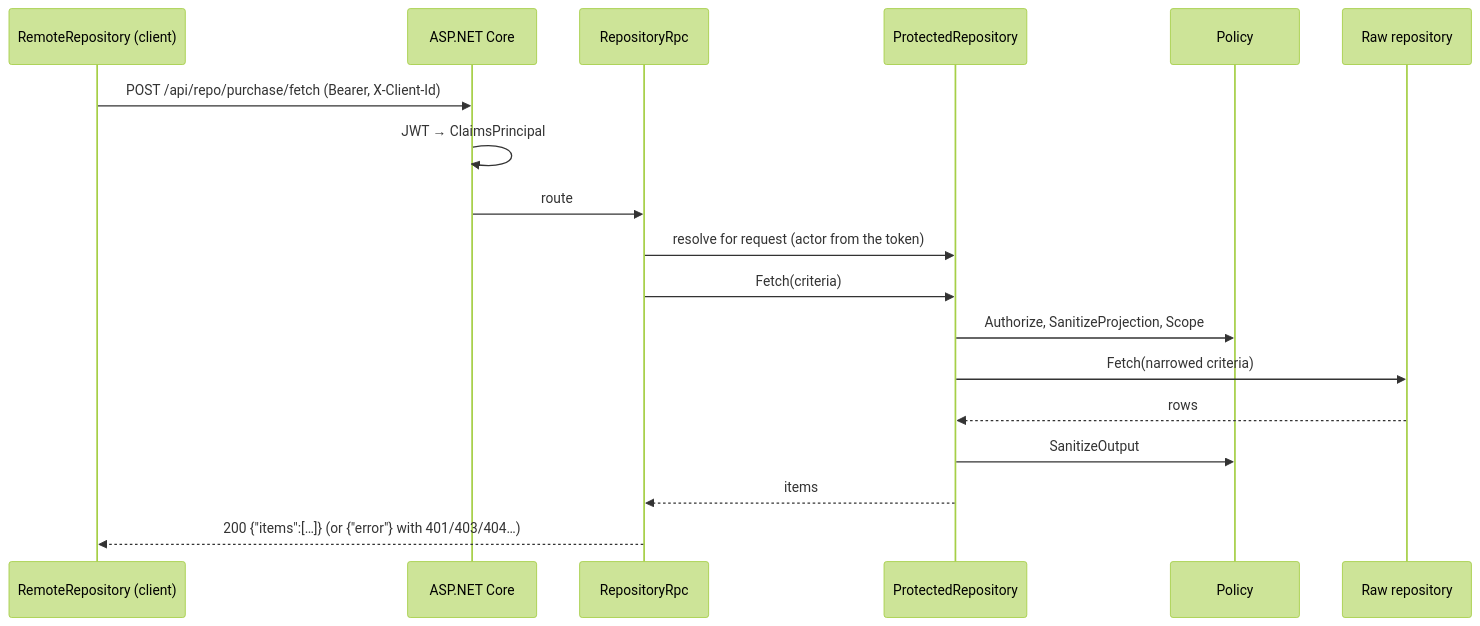
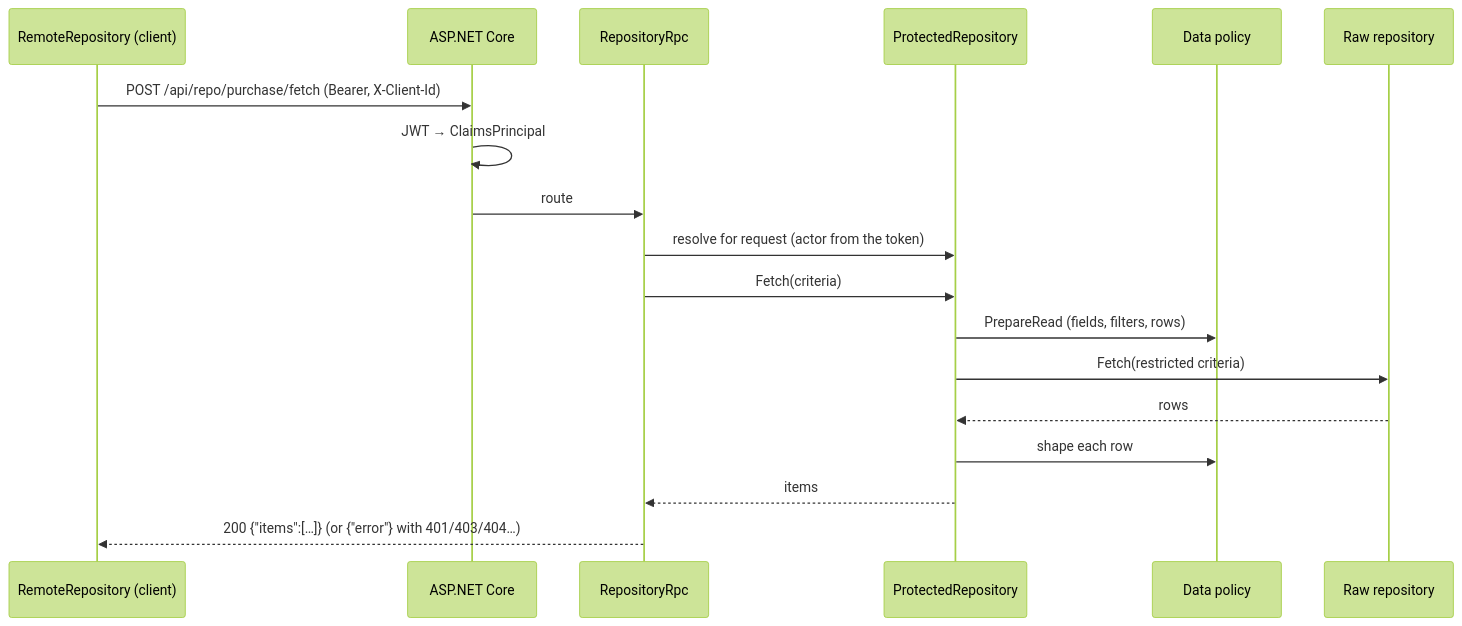
The diagram in docs/concepts/remote.md (mrcdom/wdc-cube-csharp), drawn with Mermaid (forest theme) before and after one commit. The commit also changed 42 other files, not shown here.

````diff
--- a/docs/concepts/remote.md
+++ b/docs/concepts/remote.md
@@ -160,20 +160,20 @@
 ```mermaid
 sequenceDiagram
     participant C as RemoteRepository (client)
     participant S as ASP.NET Core
     participant R as RepositoryRpc
     participant P as ProtectedRepository
-    participant Pol as Policy
+    participant Pol as Data policy
     participant Raw as Raw repository
     C->>S: POST /api/repo/purchase/fetch (Bearer, X-Client-Id)
     S->>S: JWT → ClaimsPrincipal
     S->>R: route
     R->>P: resolve for request (actor from the token)
     R->>P: Fetch(criteria)
-    P->>Pol: Authorize, SanitizeProjection, Scope
-    P->>Raw: Fetch(narrowed criteria)
+    P->>Pol: PrepareRead (fields, filters, rows)
+    P->>Raw: Fetch(restricted criteria)
     Raw-->>P: rows
-    P->>Pol: SanitizeOutput
+    P->>Pol: shape each row
     P-->>R: items
     R-->>C: 200 {"items":[…]} (or {"error"} with 401/403/404…)
 ```
````
